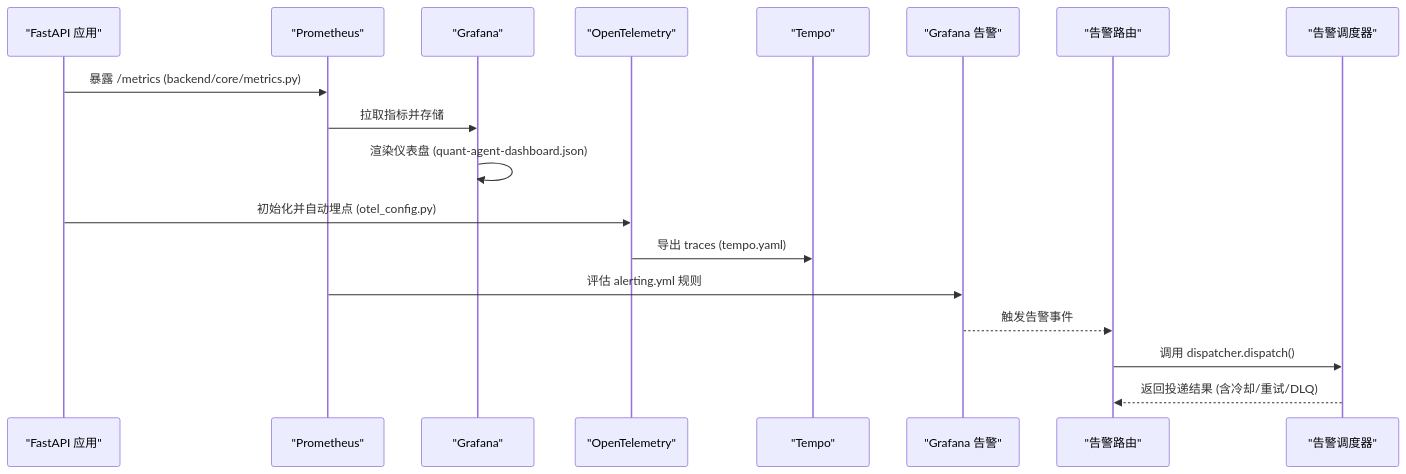
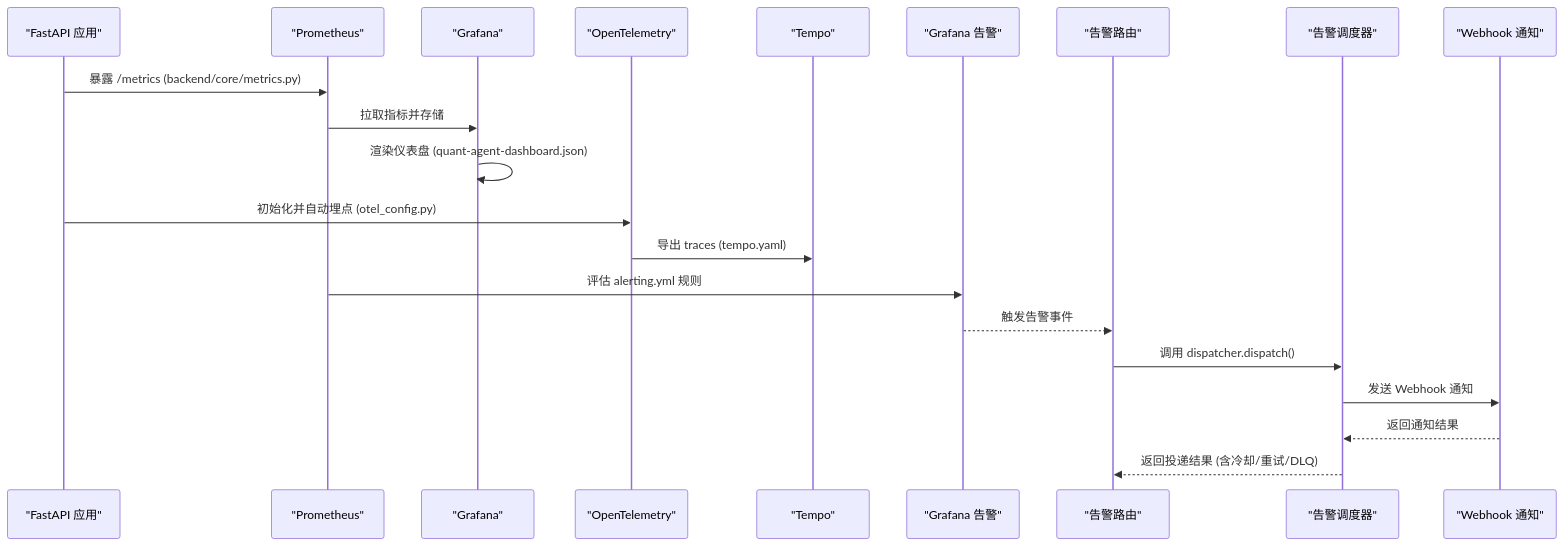
Before and after one commit to songlinhe5-lab/quant_agent: the second of 9 diagrams in .qoder/repowiki/zh/content/实时监控与告警/实时监控与告警.md, drawn with Mermaid. The commit also changed other lines of this file and 294 other files, not shown here.

````diff
--- a/.qoder/repowiki/zh/content/实时监控与告警/实时监控与告警.md
+++ b/.qoder/repowiki/zh/content/实时监控与告警/实时监控与告警.md
@@ -111,20 +134,23 @@
 ```mermaid
 sequenceDiagram
 participant App as "FastAPI 应用"
 participant PM as "Prometheus"
 participant GF as "Grafana"
 participant OT as "OpenTelemetry"
 participant TP as "Tempo"
 participant AL as "Grafana 告警"
 participant RT as "告警路由"
 participant DP as "告警调度器"
+participant WN as "Webhook 通知"
 App->>PM : 暴露 /metrics (backend/core/metrics.py)
 PM->>GF : 拉取指标并存储
 GF->>GF : 渲染仪表盘 (quant-agent-dashboard.json)
 App->>OT : 初始化并自动埋点 (otel_config.py)
 OT->>TP : 导出 traces (tempo.yaml)
 PM->>AL : 评估 alerting.yml 规则
 AL-->>RT : 触发告警事件
 RT->>DP : 调用 dispatcher.dispatch()
+DP->>WN : 发送 Webhook 通知
+WN-->>DP : 返回通知结果
 DP-->>RT : 返回投递结果 (含冷却/重试/DLQ)
 ```
````
